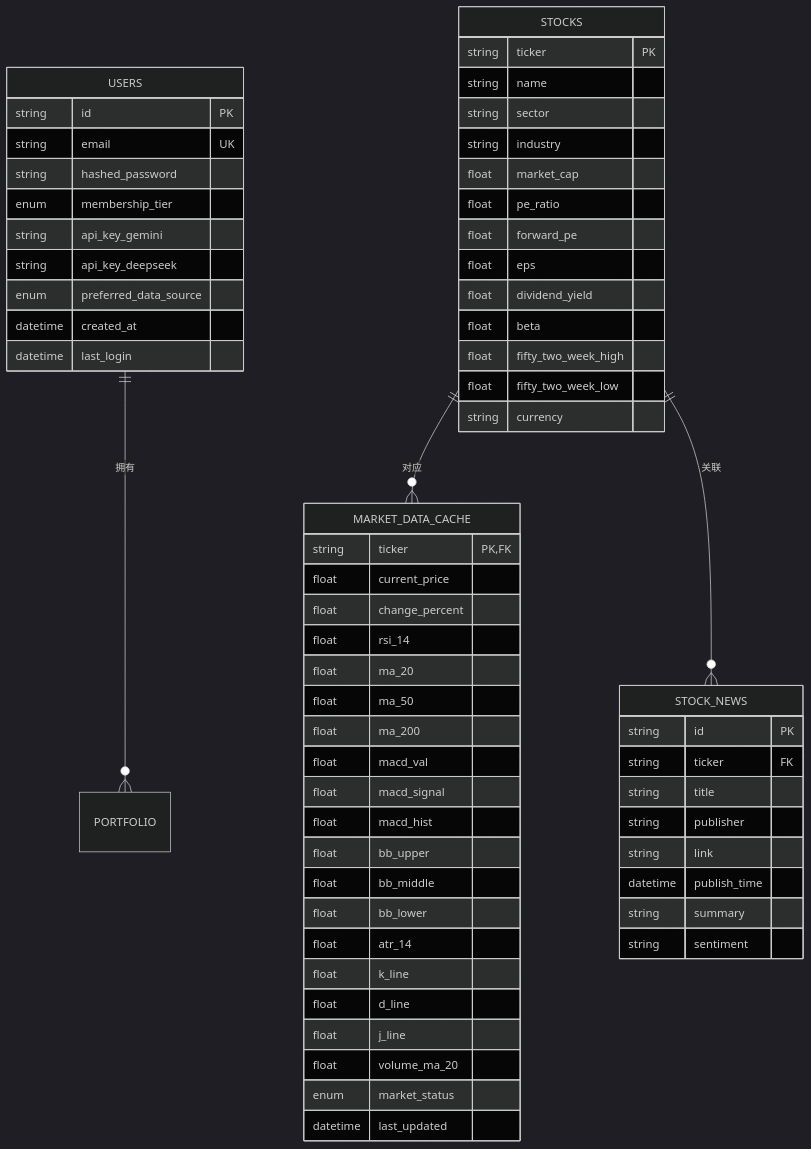
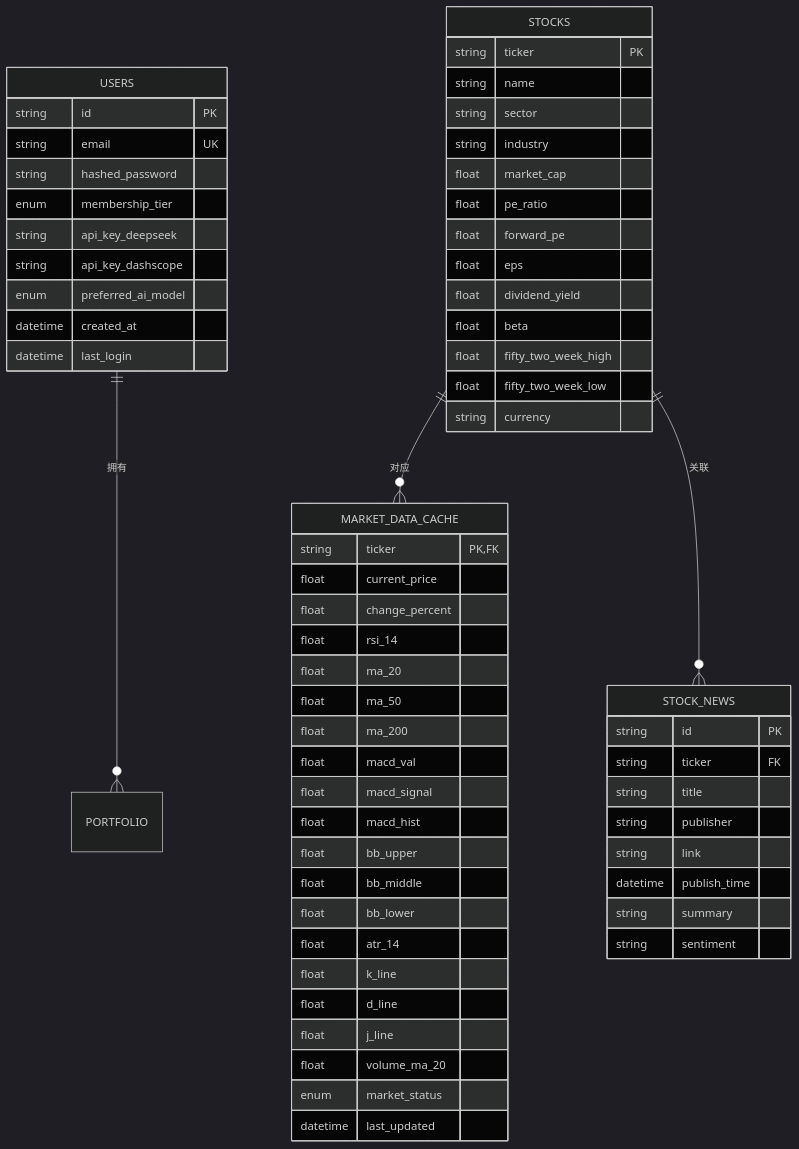
One commit to breeze-lyf/ai-stock-advisor changed the fifth of 8 diagrams in .qoder/repowiki/zh/content/项目概述/项目概述.md. Above: the diagram before and after it, drawn with Mermaid (dark theme). The commit also changed other lines of this file and 43 other files, not shown here.

````diff
--- a/.qoder/repowiki/zh/content/项目概述/项目概述.md
+++ b/.qoder/repowiki/zh/content/项目概述/项目概述.md
@@ -212,64 +247,64 @@
 ```mermaid
 erDiagram
 USERS {
 string id PK
 string email UK
 string hashed_password
 enum membership_tier
-string api_key_gemini
 string api_key_deepseek
-enum preferred_data_source
+string api_key_dashscope
+enum preferred_ai_model
 datetime created_at
 datetime last_login
 }
 STOCKS {
 string ticker PK
 string name
 string sector
 string industry
 float market_cap
 float pe_ratio
 float forward_pe
 float eps
 float dividend_yield
 float beta
 float fifty_two_week_high
 float fifty_two_week_low
 string currency
 }
 MARKET_DATA_CACHE {
 string ticker PK,FK
 float current_price
 float change_percent
 float rsi_14
 float ma_20
 float ma_50
 float ma_200
 float macd_val
 float macd_signal
 float macd_hist
 float bb_upper
 float bb_middle
 float bb_lower
 float atr_14
 float k_line
 float d_line
 float j_line
 float volume_ma_20
 enum market_status
 datetime last_updated
 }
 STOCK_NEWS {
 string id PK
 string ticker FK
 string title
 string publisher
 string link
 datetime publish_time
 string summary
 string sentiment
 }
 USERS ||--o{ PORTFOLIO : "拥有"
 STOCKS ||--o{ MARKET_DATA_CACHE : "对应"
 STOCKS ||--o{ STOCK_NEWS : "关联"
 ```
````
